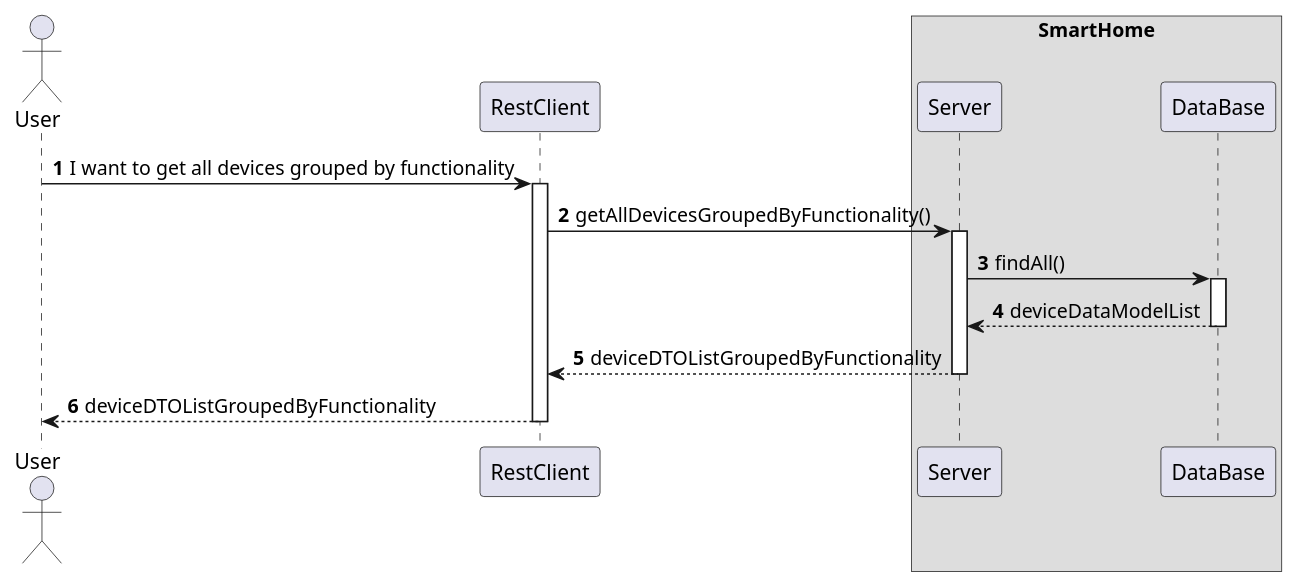
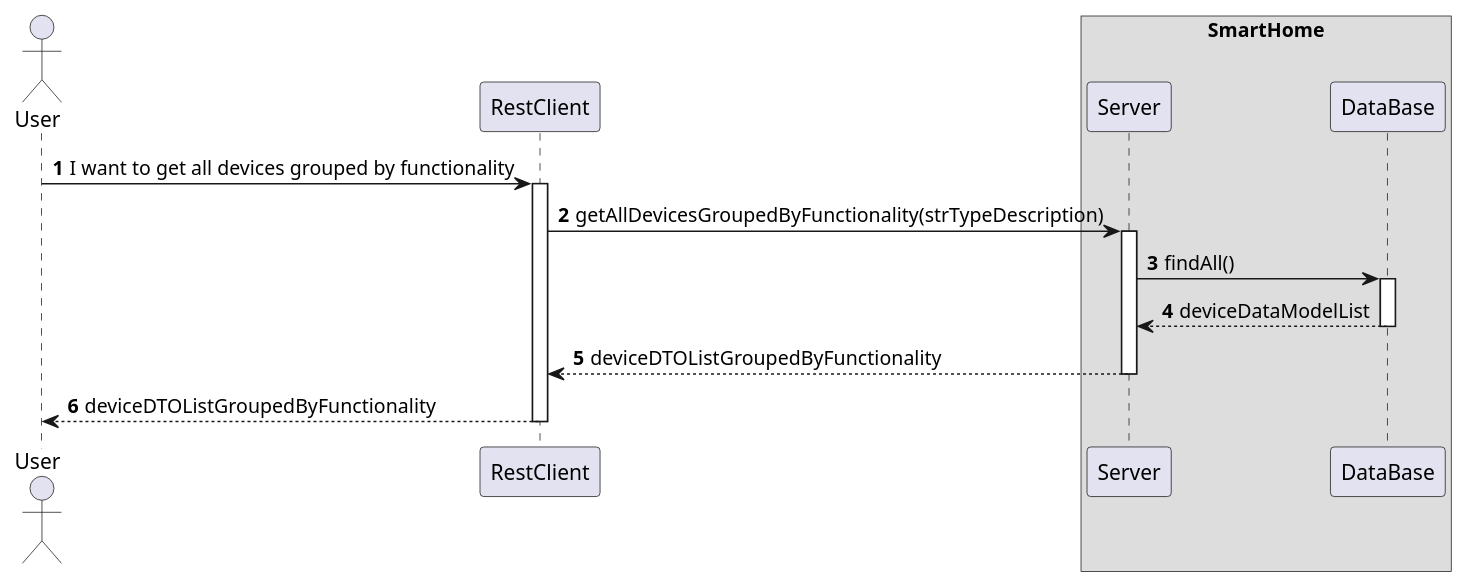
The diagram in docs/ooa/C4_4plus1_models/Level3/ProcessView/ProcessViewLevel3_UC09.puml (olivDiogo/SmartHome), drawn with PlantUML before and after one commit.

Commit message:
fix UC09 ProcessViewLevel3 #468

```diff
--- a/docs/ooa/C4_4plus1_models/Level3/ProcessView/ProcessViewLevel3_UC09.puml
+++ b/docs/ooa/C4_4plus1_models/Level3/ProcessView/ProcessViewLevel3_UC09.puml
@@ -1,34 +1,34 @@
 @startuml
 'https://plantuml.com/sequence-diagram
 !pragma layout smetana
 
 autonumber
 
 actor "User" as User
 participant "RestClient" as RC
 
 box "SmartHome"
     participant "Server" as SV
     participant "DataBase" as BD
 end box
 
 User -> RC : I want to get all devices grouped by functionality
 activate RC
 
-RC -> SV : getAllDevicesGroupedByFunctionality()
+RC -> SV : getAllDevicesGroupedByFunctionality(strTypeDescription)
 activate SV
 
 SV -> BD : findAll()
 activate BD
 
 BD --> SV : deviceDataModelList
 deactivate BD
 
 SV --> RC : deviceDTOListGroupedByFunctionality
 deactivate SV
 
 RC --> User : deviceDTOListGroupedByFunctionality
 deactivate RC
 
 
 @enduml
```
